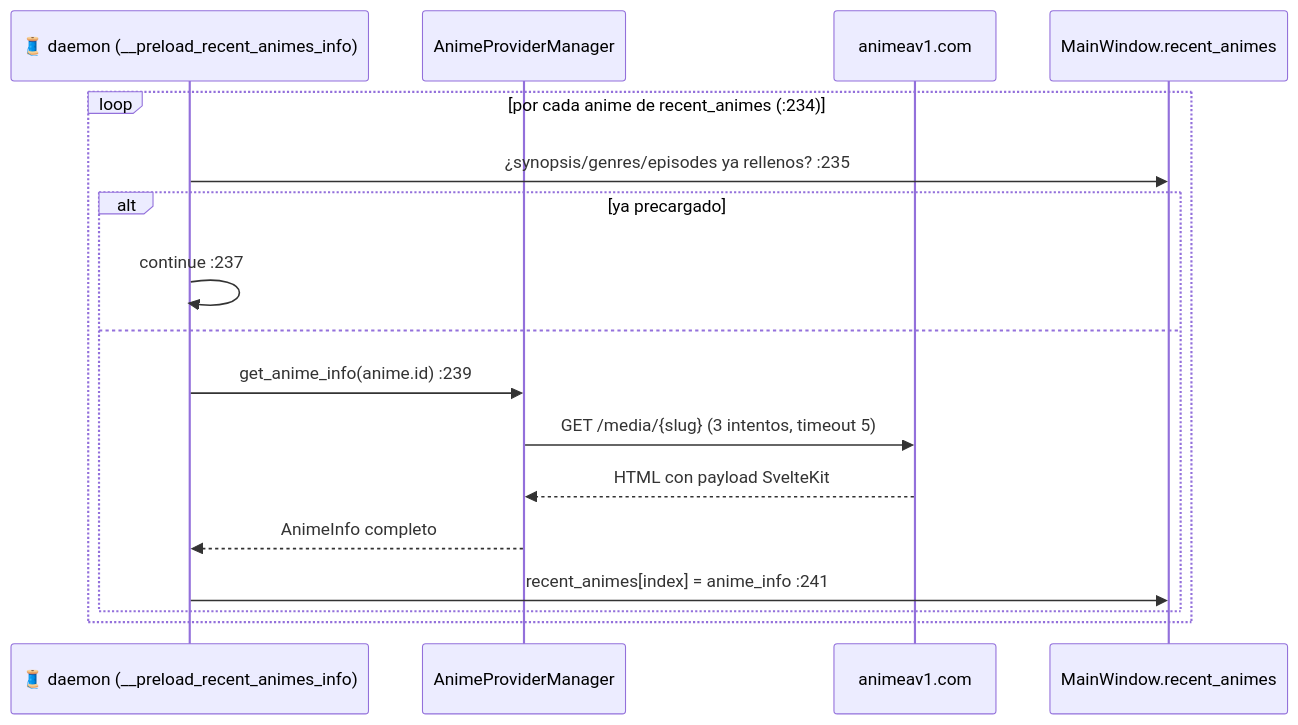
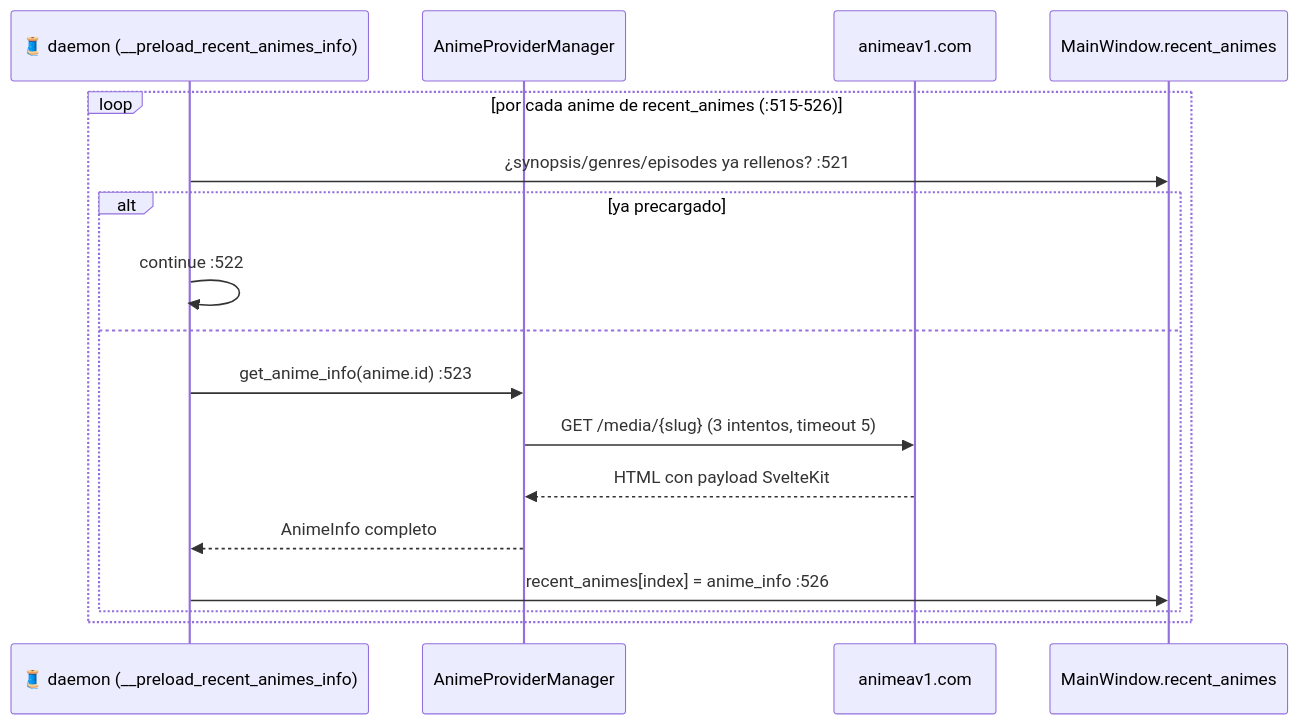
The second of 12 diagrams in .claude/docs/03-flujos-de-ejecucion.md (DavidEscri/BibliotecaAnime), drawn with Mermaid before and after one commit. The commit also changed other lines of this file and 15 other files, not shown here.

````diff
--- a/.claude/docs/03-flujos-de-ejecucion.md
+++ b/.claude/docs/03-flujos-de-ejecucion.md
@@ -75,20 +82,20 @@
 ```mermaid
 sequenceDiagram
     participant T as 🧵 daemon (__preload_recent_animes_info)
     participant MGR as AnimeProviderManager
     participant NET as animeav1.com
     participant ST as MainWindow.recent_animes
 
-    loop por cada anime de recent_animes  (:234)
-        T->>ST: ¿synopsis/genres/episodes ya rellenos? :235
+    loop por cada anime de recent_animes  (:515-526)
+        T->>ST: ¿synopsis/genres/episodes ya rellenos? :521
         alt ya precargado
-            T->>T: continue :237
+            T->>T: continue :522
         else
-            T->>MGR: get_anime_info(anime.id) :239
+            T->>MGR: get_anime_info(anime.id) :523
             MGR->>NET: GET /media/{slug}  (3 intentos, timeout 5)
             NET-->>MGR: HTML con payload SvelteKit
             MGR-->>T: AnimeInfo completo
-            T->>ST: recent_animes[index] = anime_info :241
+            T->>ST: recent_animes[index] = anime_info :526
         end
     end
 ```
````
